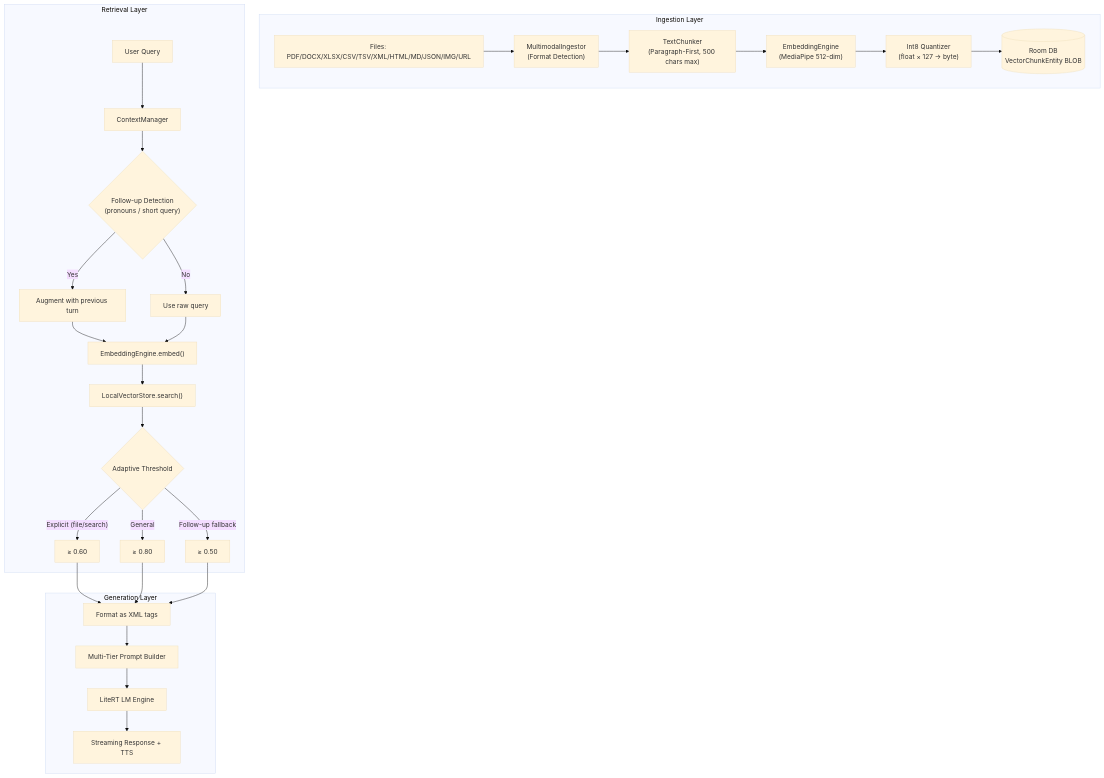
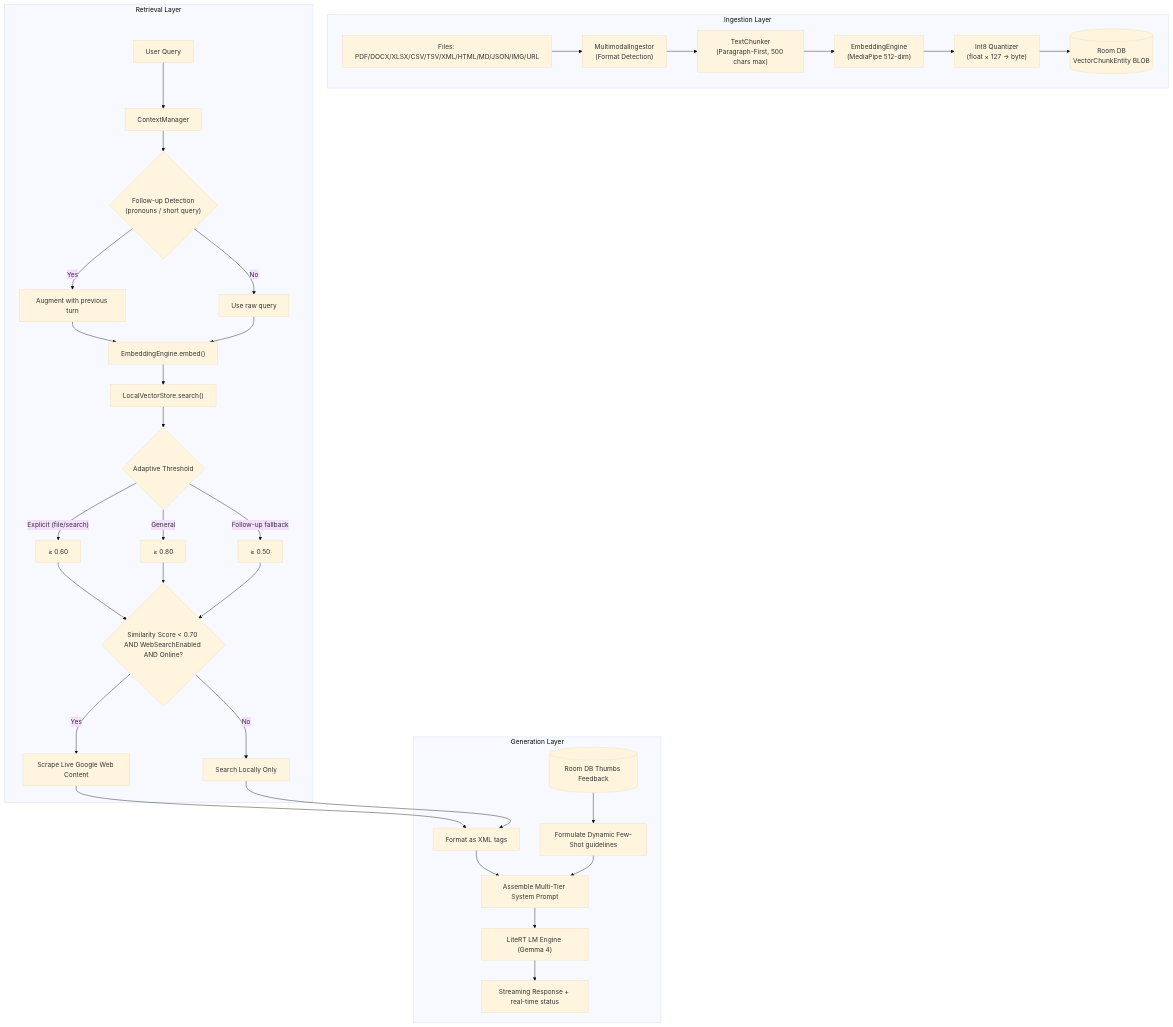
Before and after one commit to kallolchakraborty/Chhanda-AI: the first of 2 diagrams in FAQSheet.md, drawn with Mermaid (base theme). The commit also changed 2 other files, not shown here.

Commit message:
docs: update Mermaid diagrams to illustrate the Web Search fallback and few-shot DB template flows

````diff
--- a/FAQSheet.md
+++ b/FAQSheet.md
@@ -66,31 +66,36 @@
 ```mermaid
 graph TD
     subgraph "Ingestion Layer"
         A["Files: PDF/DOCX/XLSX/CSV/TSV/XML/HTML/MD/JSON/IMG/URL"] --> B["MultimodalIngestor<br/>(Format Detection)"]
         B --> C["TextChunker<br/>(Paragraph-First, 500 chars max)"]
         C --> D["EmbeddingEngine<br/>(MediaPipe 512-dim)"]
         D --> E["Int8 Quantizer<br/>(float × 127 → byte)"]
         E --> F[("Room DB<br/>VectorChunkEntity BLOB")]
     end
 
     subgraph "Retrieval Layer"
         G["User Query"] --> H["ContextManager"]
         H --> I{"Follow-up Detection<br/>(pronouns / short query)"}
         I -- Yes --> J["Augment with previous turn"]
         I -- No --> K["Use raw query"]
         J --> L["EmbeddingEngine.embed()"]
         K --> L
         L --> M["LocalVectorStore.search()"]
         M --> N{"Adaptive Threshold"}
         N -- "Explicit (file/search)" --> O["≥ 0.60"]
         N -- "General" --> P["≥ 0.80"]
         N -- "Follow-up fallback" --> Q["≥ 0.50"]
+        
+        O & P & Q --> R{"Similarity Score < 0.70 AND WebSearchEnabled AND Online?"}
+        R -- Yes --> S["Scrape Live Google Web Content"]
+        R -- No --> T["Search Locally Only"]
     end
 
     subgraph "Generation Layer"
-        O & P & Q --> R["Format as XML tags"]
-        R --> S["Multi-Tier Prompt Builder"]
-        S --> T["LiteRT LM Engine"]
-        T --> U["Streaming Response + TTS"]
+        S & T --> U["Format as XML tags"]
+        DB[("Room DB Thumbs Feedback")] --> V["Formulate Dynamic Few-Shot guidelines"]
+        U & V --> W["Assemble Multi-Tier System Prompt"]
+        W --> X["LiteRT LM Engine (Gemma 4)"]
+        X --> Y["Streaming Response + real-time status"]
     end
 ```
````
